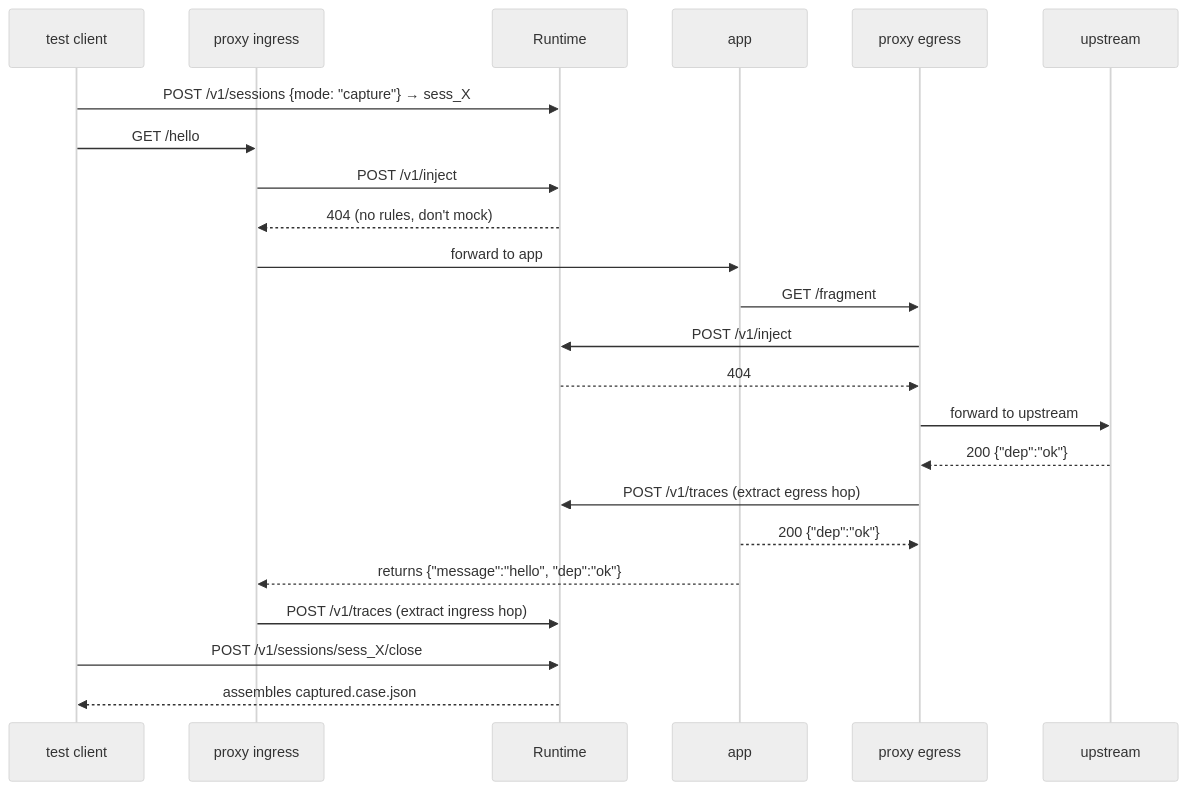
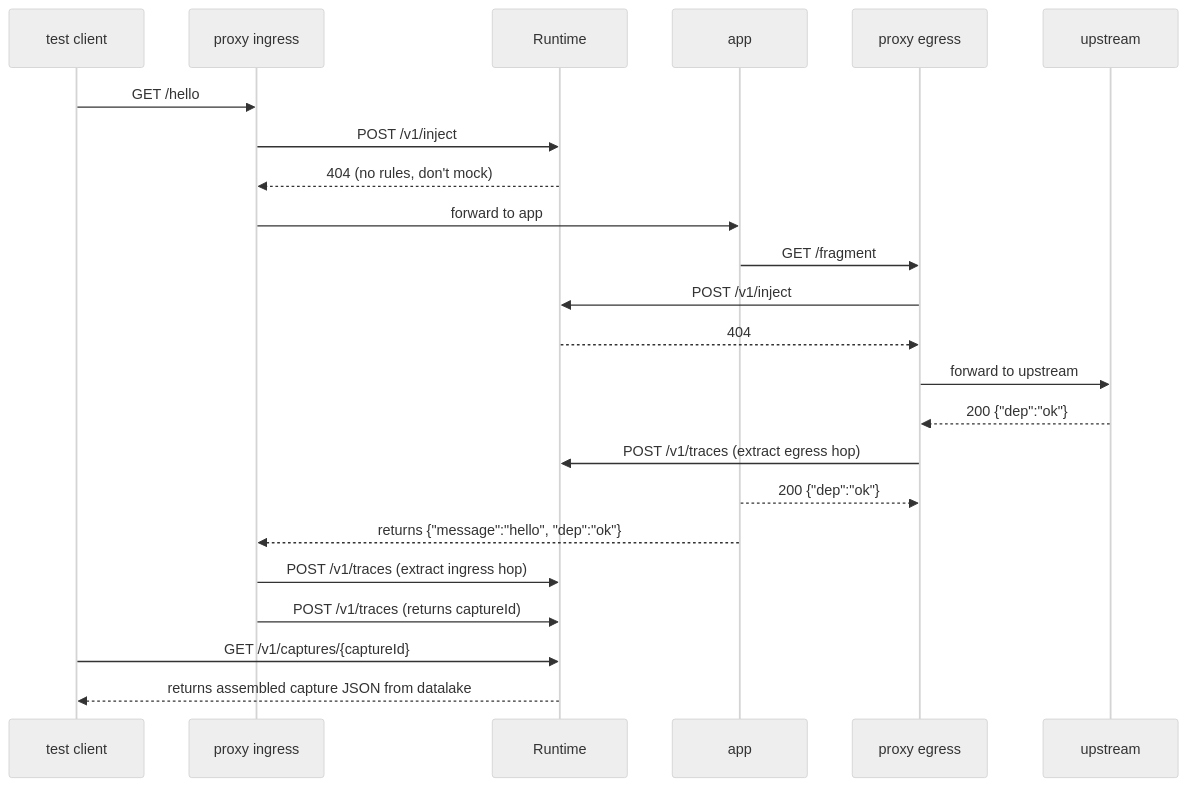
Before and after one commit to softprobe/hybrid: the first of 2 diagrams in docs-site/concepts/capture-and-replay.md, drawn with Mermaid (neutral theme). The commit also changed other lines of this file and 55 other files, not shown here.

First line of the commit message:
feat: migrate softprobe runtime/capture flow and deployment paths

````diff
--- a/docs-site/concepts/capture-and-replay.md
+++ b/docs-site/concepts/capture-and-replay.md
@@ -9,26 +11,26 @@
 ```mermaid
 sequenceDiagram
     participant Test as test client
     participant Proxy as proxy ingress
     participant Runtime as Runtime
     participant App as app
     participant Egress as proxy egress
     participant Upstream as upstream
 
-    Test->>Runtime: POST /v1/sessions {mode: "capture"} → sess_X
     Test->>Proxy: GET /hello
     Proxy->>Runtime: POST /v1/inject
     Runtime-->>Proxy: 404 (no rules, don't mock)
     Proxy->>App: forward to app
     App->>Egress: GET /fragment
     Egress->>Runtime: POST /v1/inject
     Runtime-->>Egress: 404
     Egress->>Upstream: forward to upstream
     Upstream-->>Egress: 200 {"dep":"ok"}
     Egress->>Runtime: POST /v1/traces (extract egress hop)
     App-->>Egress: 200 {"dep":"ok"}
     App-->>Proxy: returns {"message":"hello", "dep":"ok"}
     Proxy->>Runtime: POST /v1/traces (extract ingress hop)
-    Test->>Runtime: POST /v1/sessions/sess_X/close
-    Runtime-->>Test: assembles captured.case.json
+    Proxy->>Runtime: POST /v1/traces (returns captureId)
+    Test->>Runtime: GET /v1/captures/{captureId}
+    Runtime-->>Test: returns assembled capture JSON from datalake
 ```
````
